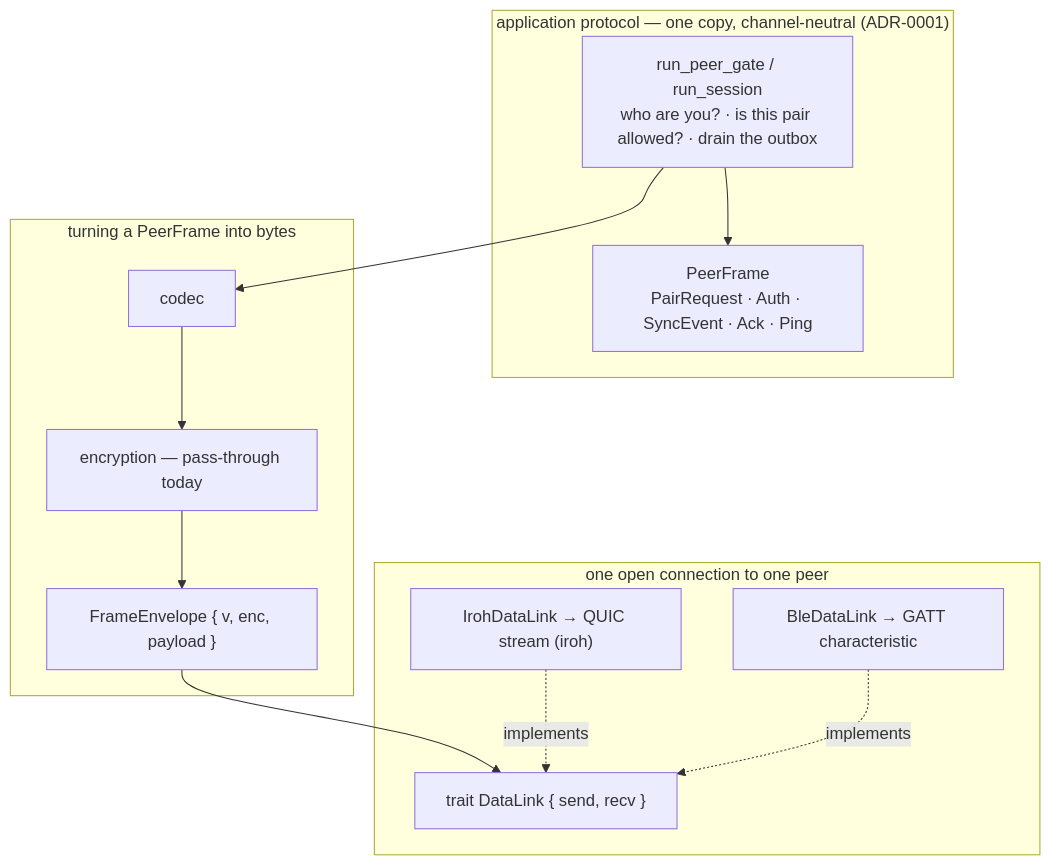
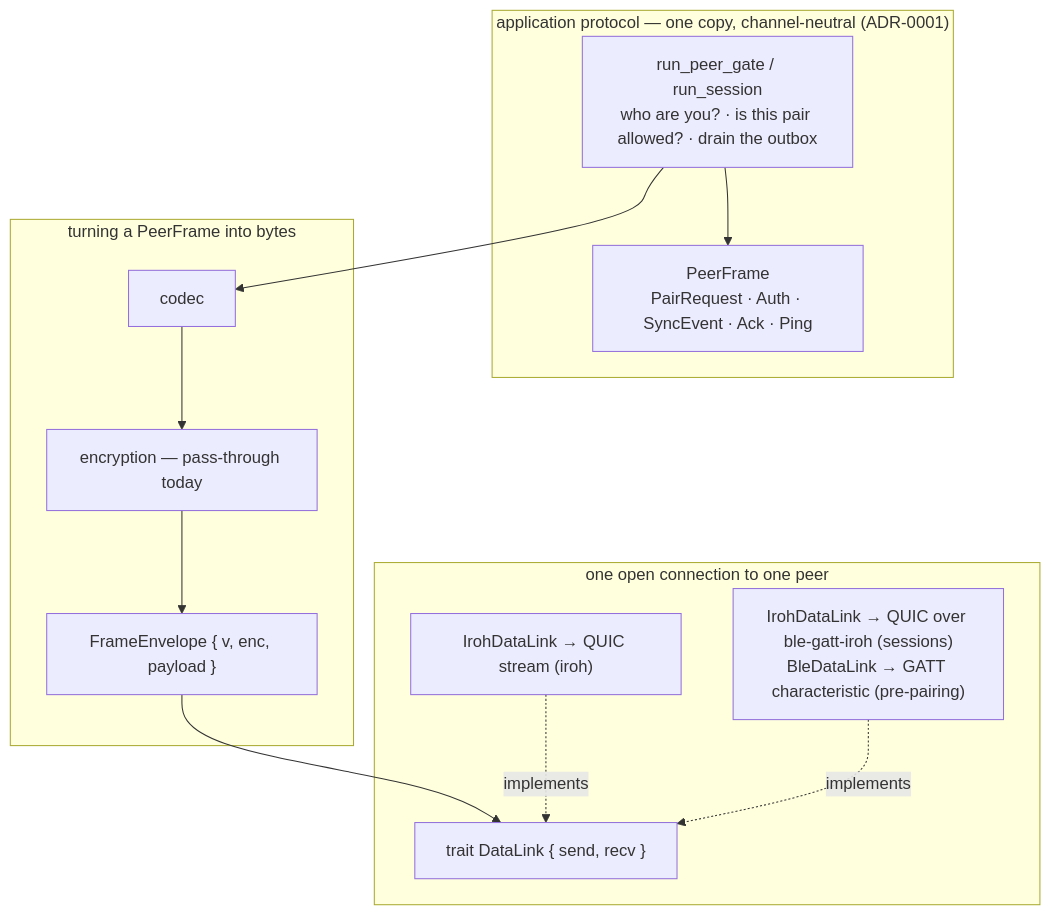
One commit to VRuzhentsov/fini changed the first of 4 diagrams in src-tauri/src/services/communication/README.md. Above: the diagram before and after it, drawn with Mermaid. The commit also changed 9 other files, not shown here.

First line of the commit message:
Bluetooth sessions over iroh (ble-gatt-iroh); every session proves its key

````diff
--- a/src-tauri/src/services/communication/README.md
+++ b/src-tauri/src/services/communication/README.md
@@ -18,25 +18,25 @@
 ```mermaid
 graph TD
     subgraph APP["application protocol — one copy, channel-neutral (ADR-0001)"]
         ENG["run_peer_gate / run_session<br/>who are you? · is this pair allowed? · drain the outbox"]
         PF["PeerFrame<br/>PairRequest · Auth · SyncEvent · Ack · Ping"]
     end
 
     subgraph WIRE["turning a PeerFrame into bytes"]
         CO["codec"]
         EN["encryption — pass-through today"]
         EV["FrameEnvelope { v, enc, payload }"]
     end
 
     subgraph LINKS["one open connection to one peer"]
         L["trait DataLink { send, recv }"]
         T1["IrohDataLink → QUIC stream (iroh)"]
-        T2["BleDataLink → GATT characteristic"]
+        T2["IrohDataLink → QUIC over ble-gatt-iroh (sessions)<br/>BleDataLink → GATT characteristic (pre-pairing)"]
     end
 
     ENG --> PF
     ENG --> CO --> EN --> EV
     EV --> L
     T1 -.implements.-> L
     T2 -.implements.-> L
 ```
````
